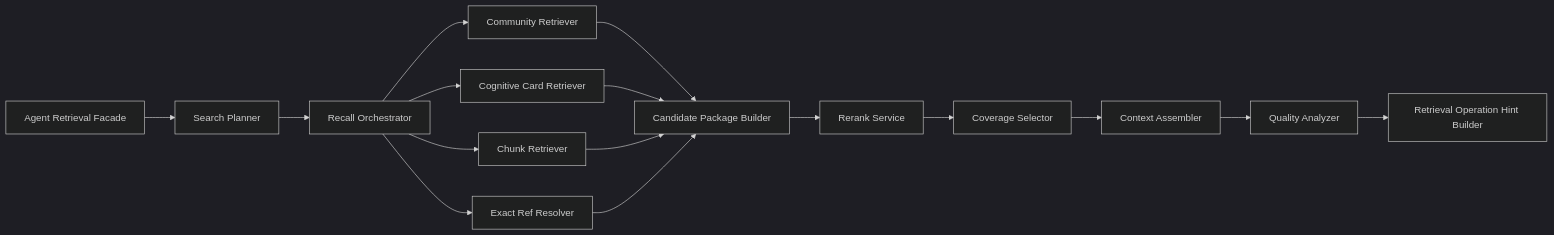
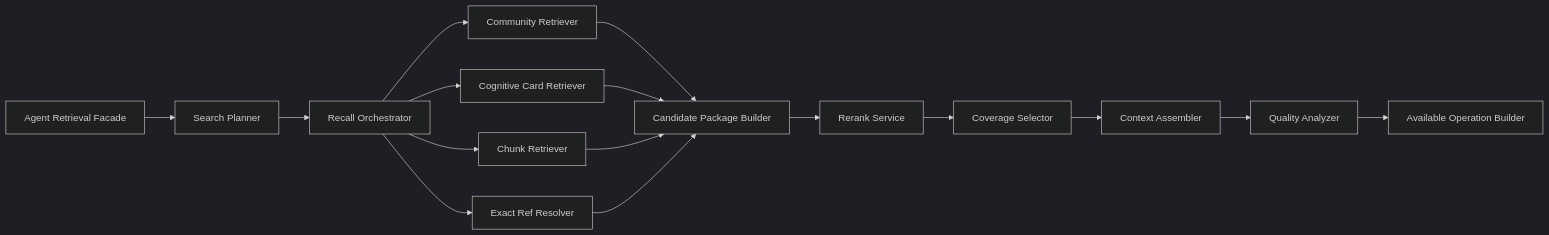
Before and after one commit to qiyuebuku/frida-test: the second of 4 diagrams in .claude/skills/smart-fund-server/docs/3. 实施方案/4. 知识图谱/19. Agent检索与决策上下文实施方案.md, drawn with Mermaid (dark theme). The commit also changed other lines of this file and 166 other files, not shown here.

````diff
--- a/.claude/skills/smart-fund-server/docs/3. 实施方案/4. 知识图谱/19. Agent检索与决策上下文实施方案.md
+++ b/.claude/skills/smart-fund-server/docs/3. 实施方案/4. 知识图谱/19. Agent检索与决策上下文实施方案.md
@@ -83,20 +83,20 @@
 ```mermaid
 flowchart LR
     A[Agent Retrieval Facade] --> B[Search Planner]
     B --> C[Recall Orchestrator]
     C --> D[Community Retriever]
     C --> E[Cognitive Card Retriever]
     C --> F[Chunk Retriever]
     C --> G[Exact Ref Resolver]
 
     D --> H[Candidate Package Builder]
     E --> H
     F --> H
     G --> H
 
     H --> I[Rerank Service]
     I --> J[Coverage Selector]
     J --> K[Context Assembler]
     K --> L[Quality Analyzer]
-    L --> M[Retrieval Operation Hint Builder]
+    L --> M[Available Operation Builder]
 ```
````
